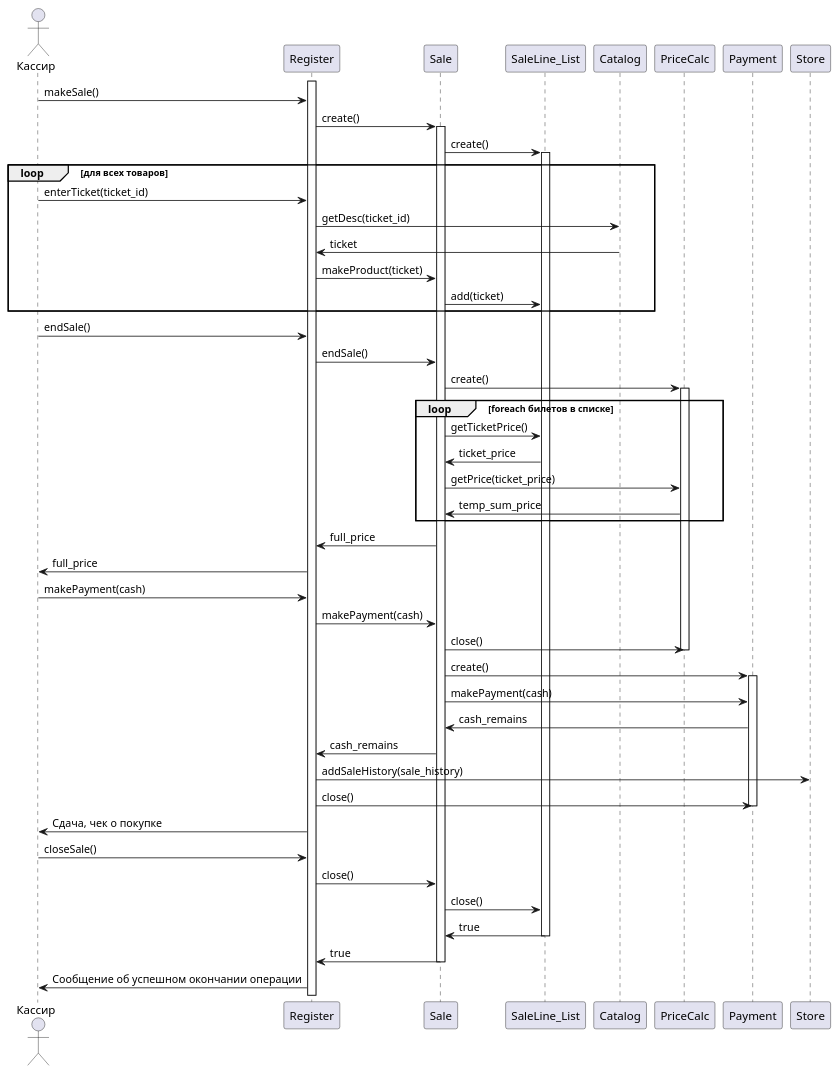
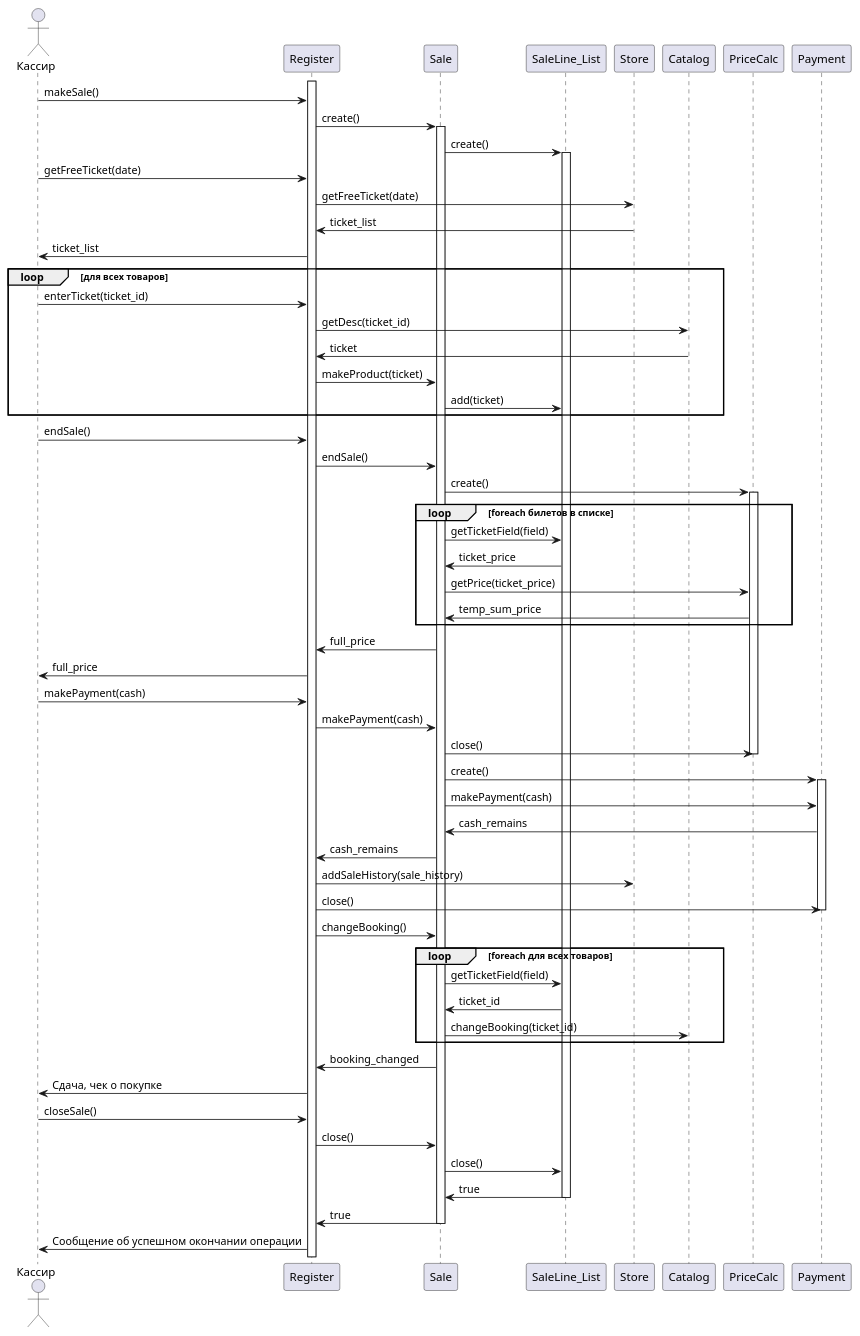
One commit to penamarth/bsbo-03-23_team4_var10_football changed the diagram in Прецеденты/Диаграмма последовательности Оформление продажи.md. Above: the diagram before and after it, drawn with PlantUML. The commit also changed 5 other files, not shown here.

Commit message:
Фикс диаграммы прецедента Оформление продажи + фикс описаний её системных операций

````diff
--- a/Прецеденты/Диаграмма последовательности Оформление продажи.md
+++ b/Прецеденты/Диаграмма последовательности Оформление продажи.md
@@ -1,71 +1,81 @@
 ```plantuml
 @startuml
-
 actor Кассир
 
 activate Register
 
 Кассир -> Register : makeSale()
 
 Register -> Sale : create()
-
 activate Sale
 Sale -> SaleLine_List : create()
+activate SaleLine_List
 
-activate SaleLine_List
+Кассир -> Register : getFreeTicket(date)
+Register -> Store : getFreeTicket(date)
+Register <- Store : ticket_list
+Кассир <- Register : ticket_list
 
 loop для всех товаров
 Кассир -> Register : enterTicket(ticket_id)
 Register -> Catalog : getDesc(ticket_id)
 Register <- Catalog : ticket
 Register -> Sale : makeProduct(ticket)
 Sale -> SaleLine_List : add(ticket)
 end
 
 Кассир -> Register : endSale()
 Register -> Sale : endSale()
 
 Sale -> PriceCalc : create()
 activate PriceCalc
 
 loop foreach билетов в списке
-Sale -> SaleLine_List : getTicketPrice()
+Sale -> SaleLine_List : getTicketField(field)
 Sale <- SaleLine_List : ticket_price
 Sale -> PriceCalc : getPrice(ticket_price)
 Sale <- PriceCalc : temp_sum_price
 end
 
 Register <- Sale : full_price
 Кассир <- Register : full_price
 Кассир -> Register : makePayment(cash)
 Register -> Sale : makePayment(cash)
 
 Sale -> PriceCalc : close()
 deactivate PriceCalc
 
 Sale -> Payment : create()
 activate Payment
 
 Sale -> Payment : makePayment(cash)
 Sale <- Payment : cash_remains
 
-
 Register <- Sale : cash_remains
 Register -> Store : addSaleHistory(sale_history)
 Register -> Payment : close()
 deactivate Payment
+
+Register -> Sale: changeBooking()
+
+loop foreach для всех товаров
+Sale -> SaleLine_List : getTicketField(field)
+Sale <- SaleLine_List : ticket_id
+Sale -> Catalog : changeBooking(ticket_id)
+end
+
+Register <- Sale : booking_changed
 
 Кассир <- Register : Сдача, чек о покупке
 
 Кассир -> Register : closeSale()
 Register -> Sale : close()
 Sale -> SaleLine_List : close()
 
 Sale <- SaleLine_List : true
 deactivate SaleLine_List
 Register <- Sale : true
 deactivate Sale
 Кассир <- Register : Сообщение об успешном окончании операции
-
 @enduml
 ```
````
